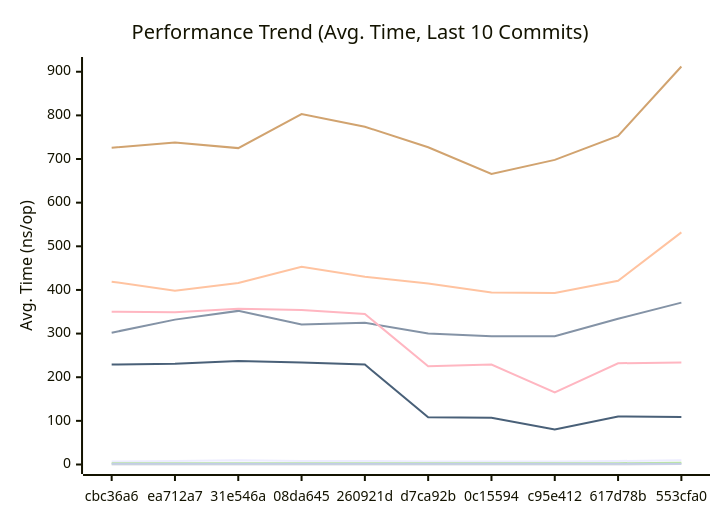
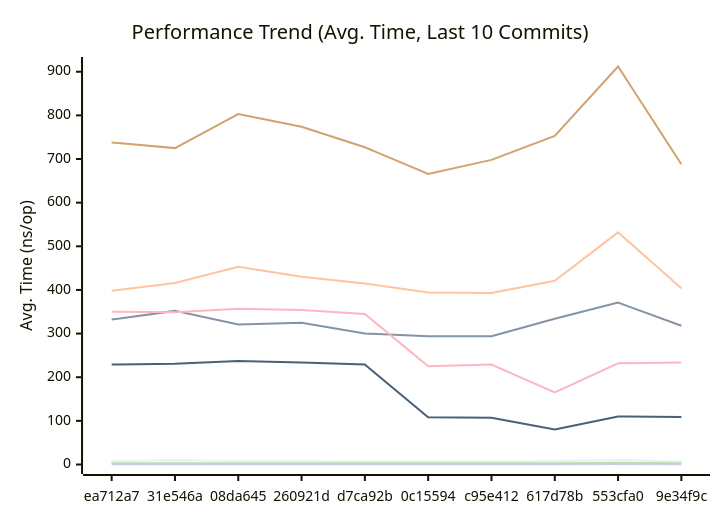
Before and after one commit to alsotoes/momo: the first of 3 diagrams in docs/PERFORMANCE.md, drawn with Mermaid. The commit also changed other lines of this file and 2 other files, not shown here.

First line of the commit message:
docs: add comment explaining Rule 11 dual-format traceability check

````diff
--- a/docs/PERFORMANCE.md
+++ b/docs/PERFORMANCE.md
@@ -80,16 +80,16 @@
 ```mermaid
 xychart-beta
     title "Performance Trend (Avg. Time, Last 10 Commits)"
     x-axis "Commit"
     y-axis "Avg. Time (ns/op)"
-    x-axis [cbc36a6,ea712a7,31e546a,08da645,260921d,d7ca92b,0c15594,c95e412,617d78b,553cfa0]
-    line "CheckMetricsAndSwap" [7,8,10,8,8,7,7,7,8,10]
-    line "CrushOptimized" [302,332,352,321,325,300,294,294,334,371]
-    line "CrushOriginal" [419,398,416,453,430,415,394,393,421,532]
-    line "IndexDirectTracking" [0,0,0,0,0,0,0,0,0,1]
-    line "IndexSearch" [3,3,3,3,3,3,3,3,3,4]
-    line "LoadGlobalConfig" [726,738,725,803,774,727,666,698,753,912]
+    x-axis [ea712a7,31e546a,08da645,260921d,d7ca92b,0c15594,c95e412,617d78b,553cfa0,9e34f9c]
+    line "CheckMetricsAndSwap" [8,10,8,8,7,7,7,8,10,7]
+    line "CrushOptimized" [332,352,321,325,300,294,294,334,371,318]
+    line "CrushOriginal" [398,416,453,430,415,394,393,421,532,404]
+    line "IndexDirectTracking" [0,0,0,0,0,0,0,0,1,0]
+    line "IndexSearch" [3,3,3,3,3,3,3,3,4,3]
+    line "LoadGlobalConfig" [738,725,803,774,727,666,698,753,912,688]
     line "PadString" [2,2,2,2,2,2,2,2,2,2]
     line "ParseReplicationOrder_NoPrealloc" [350,349,357,354,345,225,229,165,232,234]
     line "ParseReplicationOrder_Prealloc" [229,231,237,234,229,108,107,80,110,109]
 ```
````
